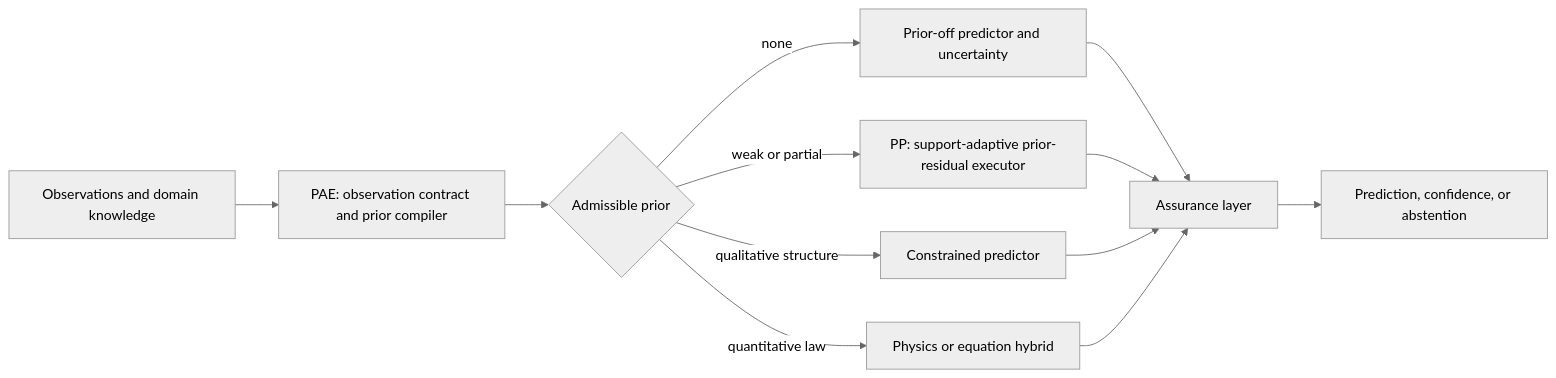
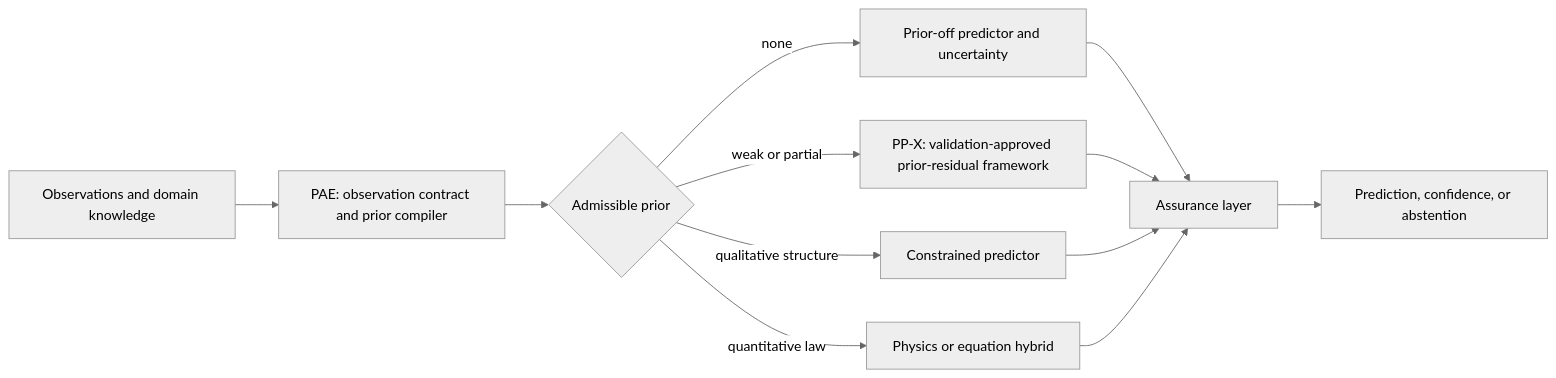
One commit to amumujs-create/pp_pae_total changed the diagram in README.md. Above: the diagram before and after it, drawn with Mermaid (neutral theme). The commit also changed other lines of this file and 11 other files, not shown here.

````diff
--- a/README.md
+++ b/README.md
@@ -11,14 +11,14 @@
 ```mermaid
 flowchart LR
   A[Observations and domain knowledge] --> B[PAE: observation contract and prior compiler]
   B --> C{Admissible prior}
   C -->|none| D[Prior-off predictor and uncertainty]
-  C -->|weak or partial| E[PP: support-adaptive prior-residual executor]
+  C -->|weak or partial| E[PP-X: validation-approved prior-residual framework]
   C -->|qualitative structure| F[Constrained predictor]
   C -->|quantitative law| G[Physics or equation hybrid]
   D --> H[Assurance layer]
   E --> H
   F --> H
   G --> H
   H --> I[Prediction, confidence, or abstention]
 ```
````
